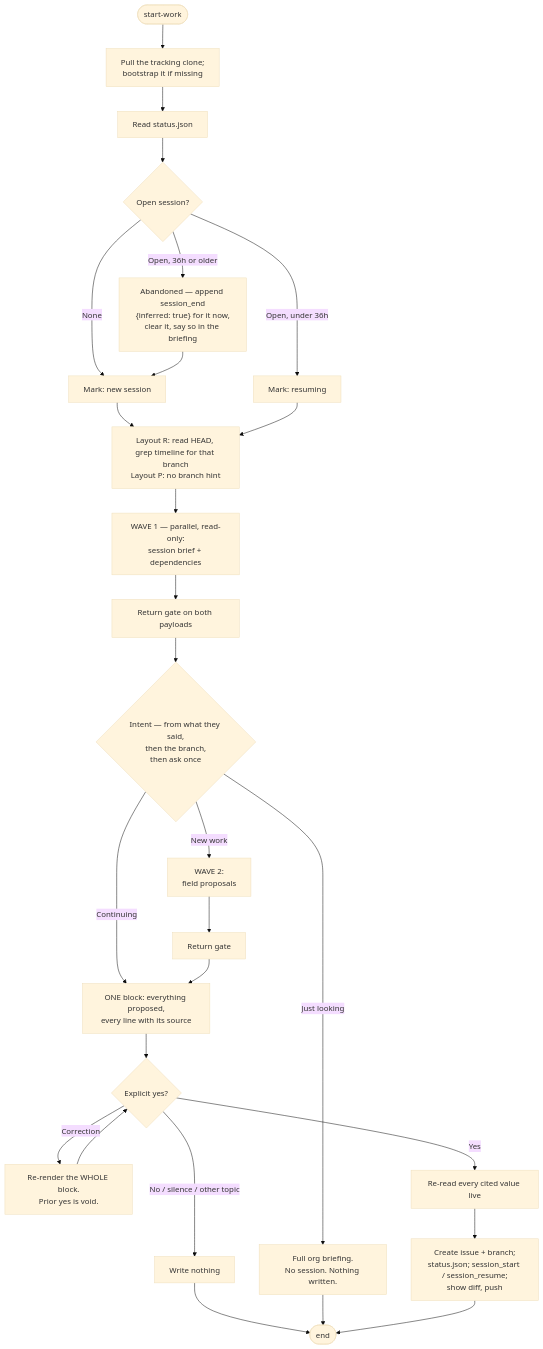
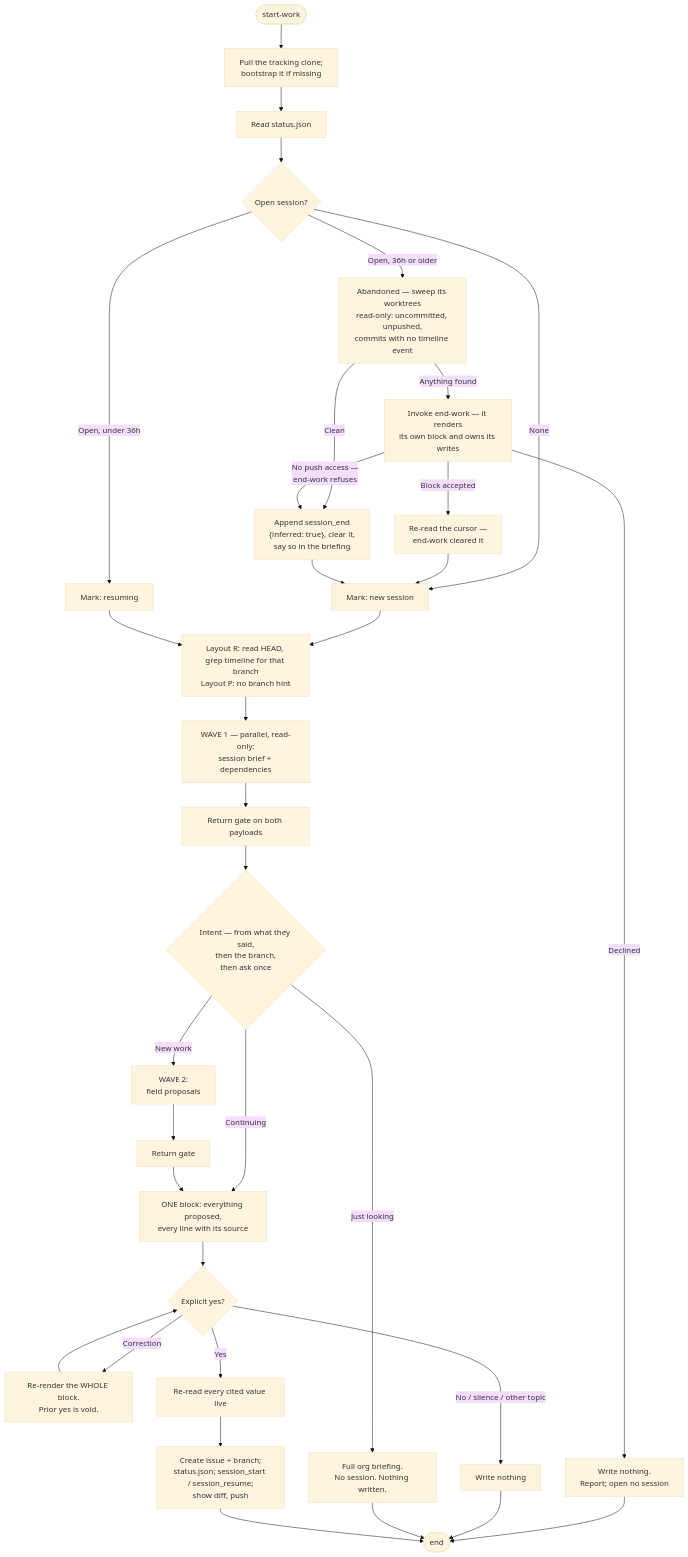
Before and after one commit to alimohammed1624/skills: the diagram in .claude/skills/start-work/SKILL.md, drawn with Mermaid (base theme). The commit also changed other lines of this file and 4 other files, not shown here.

````diff
--- a/.claude/skills/start-work/SKILL.md
+++ b/.claude/skills/start-work/SKILL.md
@@ -480,31 +544,36 @@
 ```mermaid
 flowchart TD
     START([start-work]) --> SYNC["Pull the tracking clone;<br/>bootstrap it if missing"]
     SYNC --> READ["Read status.json"]
     READ --> SESS{Open session?}
     SESS -->|None| NEW["Mark: new session"]
     SESS -->|"Open, under 36h"| RES["Mark: resuming"]
-    SESS -->|"Open, 36h or older"| STALE["Abandoned — append session_end<br/>{inferred: true} for it now,<br/>clear it, say so in the briefing"]
+    SESS -->|"Open, 36h or older"| SWEEP["Abandoned — sweep its worktrees<br/>read-only: uncommitted, unpushed,<br/>commits with no timeline event"]
+    SWEEP -->|Clean| STALE["Append session_end<br/>{inferred: true}, clear it,<br/>say so in the briefing"]
+    SWEEP -->|"Anything found"| HANDOFF["Invoke end-work — it renders<br/>its own block and owns its writes"]
+    HANDOFF -->|"Block accepted"| REREAD["Re-read the cursor —<br/>end-work cleared it"] --> NEW
+    HANDOFF -->|"Declined"| STOP["Write nothing.<br/>Report; open no session"] --> DONE
+    HANDOFF -->|"No push access —<br/>end-work refuses"| STALE
     STALE --> NEW
     NEW --> BR
     RES --> BR
     BR["Layout R: read HEAD, grep timeline for that branch<br/>Layout P: no branch hint"] --> W1["WAVE 1 — parallel, read-only:<br/>session brief + dependencies"]
 
     W1 --> GATE1["Return gate on both payloads"]
     GATE1 --> INTENT{Intent — from what they said,<br/>then the branch,<br/>then ask once}
 
     INTENT -->|Continuing| BLOCK
     INTENT -->|New work| W2["WAVE 2:<br/>field proposals"]
     INTENT -->|Just looking| BROWSE["Full org briefing.<br/>No session. Nothing written."]
 
     W2 --> GATE2["Return gate"] --> BLOCK
 
     BLOCK["ONE block: everything proposed,<br/>every line with its source"] --> YES{Explicit yes?}
     YES -->|Correction| REDO["Re-render the WHOLE block.<br/>Prior yes is void."] --> YES
     YES -->|No / silence / other topic| NOTHING["Write nothing"] --> DONE
     YES -->|Yes| RECHECK["Re-read every cited value live"]
     RECHECK --> WRITE["Create issue + branch;<br/>status.json; session_start / session_resume;<br/>show diff, push"]
 
     BROWSE --> DONE([end])
     WRITE --> DONE
 ```
````
